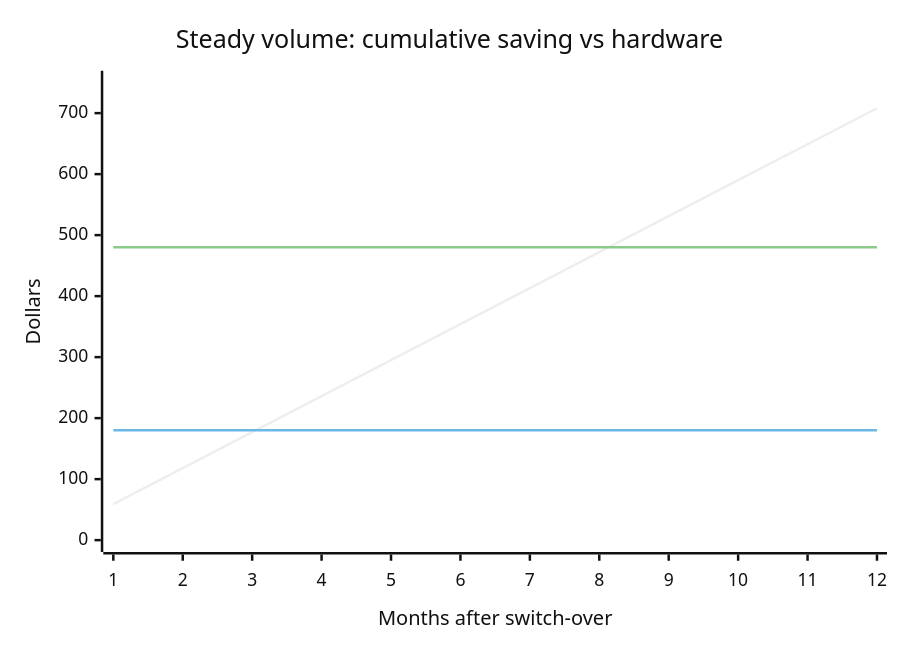
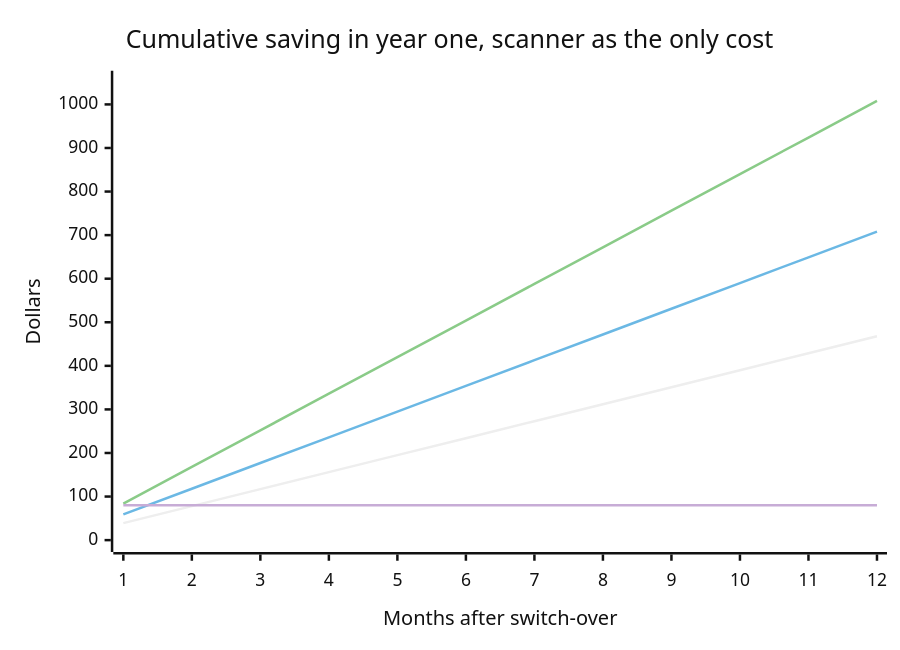
Before and after one commit to wbp318/goin-postal-forsythe: the third of 4 diagrams in shipping-client/costs/README.md, drawn with Mermaid (neutral theme). The commit also changed other lines of this file and 2 other files, not shown here.

````diff
--- a/shipping-client/costs/README.md
+++ b/shipping-client/costs/README.md
@@ -77,9 +77,10 @@
 ```mermaid
 xychart-beta
-  title "Steady volume: cumulative saving vs hardware"
+  title "Cumulative saving in year one, scanner as the only cost"
   x-axis "Months after switch-over" [1, 2, 3, 4, 5, 6, 7, 8, 9, 10, 11, 12]
-  y-axis "Dollars" 0 --> 750
+  y-axis "Dollars" 0 --> 1050
+  line [39, 78, 117, 156, 195, 234, 273, 312, 351, 390, 429, 468]
   line [59, 118, 177, 236, 295, 354, 413, 472, 531, 590, 649, 708]
-  line [180, 180, 180, 180, 180, 180, 180, 180, 180, 180, 180, 180]
-  line [480, 480, 480, 480, 480, 480, 480, 480, 480, 480, 480, 480]
+  line [84, 168, 252, 336, 420, 504, 588, 672, 756, 840, 924, 1008]
+  line [80, 80, 80, 80, 80, 80, 80, 80, 80, 80, 80, 80]
 ```
````
